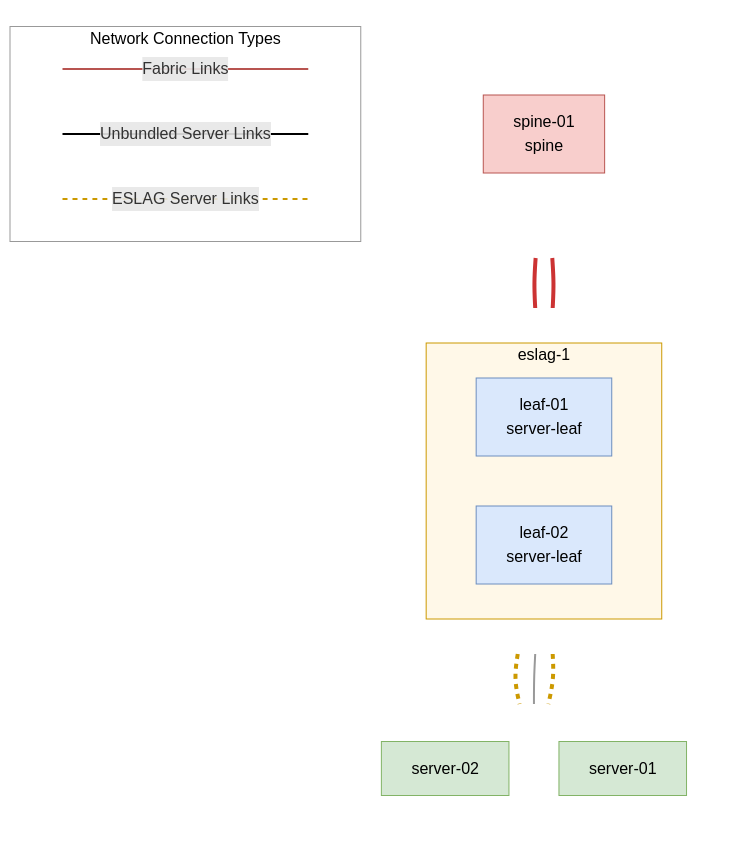
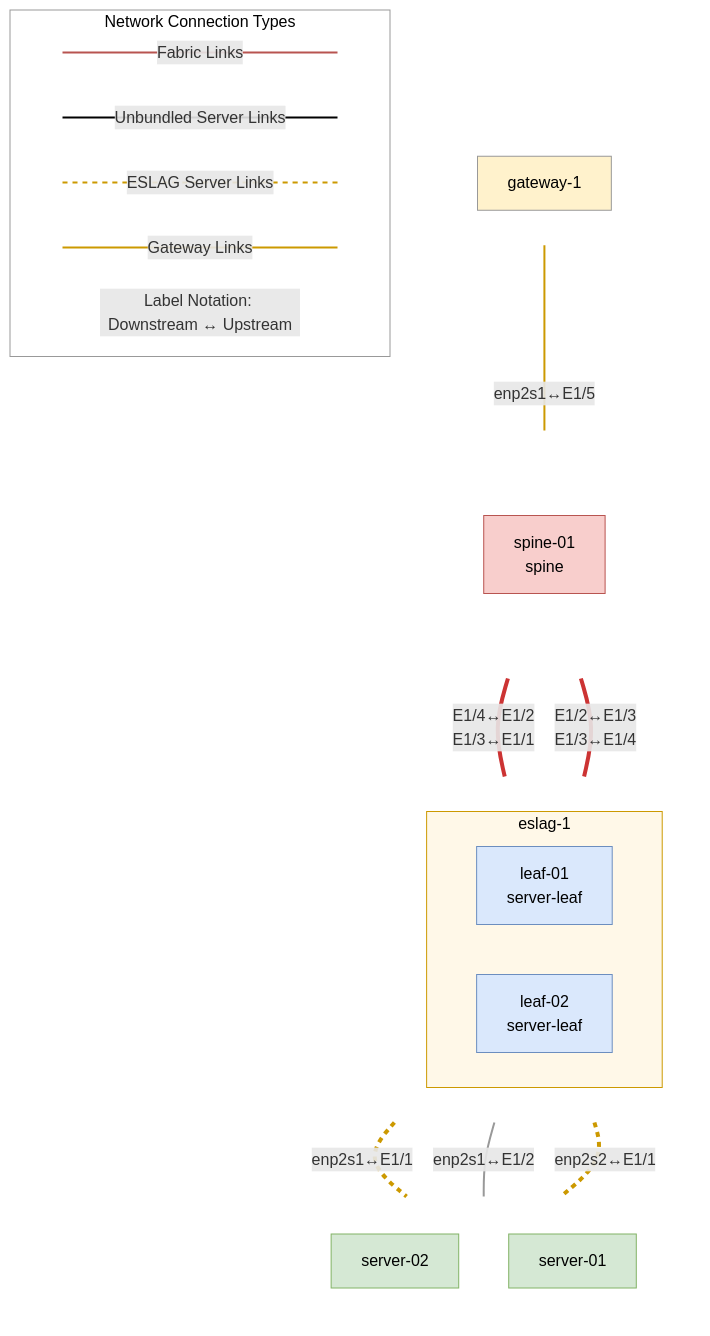
Before and after one commit to githedgehog/docs: the third of 3 diagrams in docs/vlab/running.md, drawn with Mermaid. The commit also changed other lines of this file and 14 other files, not shown here.

```diff
--- a/docs/vlab/running.md
+++ b/docs/vlab/running.md
@@ -303,72 +331,95 @@
 graph TD
 
 %% Style definitions
+classDef gateway fill:#FFF2CC,stroke:#999,stroke-width:1px,color:#000
 classDef spine   fill:#F8CECC,stroke:#B85450,stroke-width:1px,color:#000
 classDef leaf    fill:#DAE8FC,stroke:#6C8EBF,stroke-width:1px,color:#000
 classDef server  fill:#D5E8D4,stroke:#82B366,stroke-width:1px,color:#000
+classDef mclag   fill:#F0F8FF,stroke:#6C8EBF,stroke-width:1px,color:#000
 classDef eslag   fill:#FFF8E8,stroke:#CC9900,stroke-width:1px,color:#000
+classDef external fill:#FFCC99,stroke:#D79B00,stroke-width:1px,color:#000
 classDef hidden fill:none,stroke:none
 classDef legendBox fill:white,stroke:#999,stroke-width:1px,color:#000
 
 %% Network diagram
+subgraph Gateways[" "]
+	direction LR
+	Gateway_1["gateway-1"]
+end
+
 subgraph Spines[" "]
-    direction LR
-    subgraph Spine_01_Group [" "]
-        direction TB
-        Spine_01["spine-01<br>spine"]
-    end
+	direction LR
+	subgraph Spine_01_Group [" "]
+		direction TB
+		Spine_01["spine-01<br>spine"]
+	end
 end
 
 subgraph Leaves[" "]
-    direction LR
-    subgraph Eslag_1 ["eslag-1"]
-        direction LR
-        Leaf_01["leaf-01<br>server-leaf"]
-        Leaf_02["leaf-02<br>server-leaf"]
-    end
+	direction LR
+	subgraph Eslag_1 ["eslag-1"]
+		direction LR
+		Leaf_01["leaf-01<br>server-leaf"]
+		Leaf_02["leaf-02<br>server-leaf"]
+	end
 
 end
 
 subgraph Servers[" "]
-    direction TB
-    Server_02["server-02"]
-    Server_01["server-01"]
+	direction TB
+	Server_02["server-02"]
+	Server_01["server-01"]
 end
 
 %% Connections
 
+%% Gateway connections
+Gateway_1 ---|"enp2s1↔E1/5"| Spine_01
+
 %% Spine_01 -> Leaves
-Spine_01 --- Leaf_01
-Spine_01 --- Leaf_02
+Spine_01 ---|"E1/4↔E1/2<br>E1/3↔E1/1"| Leaf_01
+Spine_01 ---|"E1/2↔E1/3<br>E1/3↔E1/4"| Leaf_02
 
 %% Leaves -> Servers
-Leaf_01 --- Server_01
-Leaf_01 --- Server_02
-Leaf_02 --- Server_01
+Leaf_01 ---|"enp2s1↔E1/1"| Server_01
+Leaf_01 ---|"enp2s1↔E1/2"| Server_02
+
+Leaf_02 ---|"enp2s2↔E1/1"| Server_01
+
+%% Mesh connections
+
+%% External connections
 
 subgraph Legend["Network Connection Types"]
-    direction LR
-    %% Create invisible nodes for the start and end of each line
-    L1(( )) --- |"Fabric Links"| L2(( ))
-    L7(( )) --- |"Unbundled Server Links"| L8(( ))
-    L9(( )) --- |"ESLAG Server Links"| L10(( ))
+	direction LR
+	%% Create invisible nodes for the start and end of each line
+	L1(( )) --- |"Fabric Links"| L2(( ))
+	L7(( )) --- |"Unbundled Server Links"| L8(( ))
+	L9(( )) --- |"ESLAG Server Links"| L10(( ))
+	L11(( )) --- |"Gateway Links"| L12(( ))
+	P1(( )) --- |"Label Notation: Downstream ↔ Upstream"| P2(( ))
 end
 
+class Gateway_1 gateway
 class Spine_01 spine
 class Leaf_01,Leaf_02 leaf
 class Server_02,Server_01 server
 class Eslag_1 eslag
-class L1,L2,L7,L8,L9,L10 hidden
+class L1,L2,L3,L4,L5,L6,L7,L8,L9,L10,L11,L12,P1,P2 hidden
 class Legend legendBox
 linkStyle default stroke:#666,stroke-width:2px
-linkStyle 0,1 stroke:#CC3333,stroke-width:4px
-linkStyle 2,4 stroke:#CC9900,stroke-width:4px,stroke-dasharray:5 5
-linkStyle 3 stroke:#999999,stroke-width:2px
-linkStyle 5 stroke:#B85450,stroke-width:2px
-linkStyle 6 stroke:#000000,stroke-width:2px
-linkStyle 7 stroke:#CC9900,stroke-width:2px,stroke-dasharray:5 5
+linkStyle 0 stroke:#CC9900,stroke-width:2px
+linkStyle 1,2 stroke:#CC3333,stroke-width:4px
+linkStyle 3,5 stroke:#CC9900,stroke-width:4px,stroke-dasharray:5 5
+linkStyle 4 stroke:#999999,stroke-width:2px
+linkStyle 6 stroke:#B85450,stroke-width:2px
+linkStyle 7 stroke:#000000,stroke-width:2px
+linkStyle 8 stroke:#CC9900,stroke-width:2px,stroke-dasharray:5 5
+linkStyle 9 stroke:#CC9900,stroke-width:2px
+linkStyle 10 stroke:#FFFFFF
 
 %% Make subgraph containers invisible
+style Gateways fill:none,stroke:none
 style Spines fill:none,stroke:none
 style Leaves fill:none,stroke:none
 style Servers fill:none,stroke:none
```
